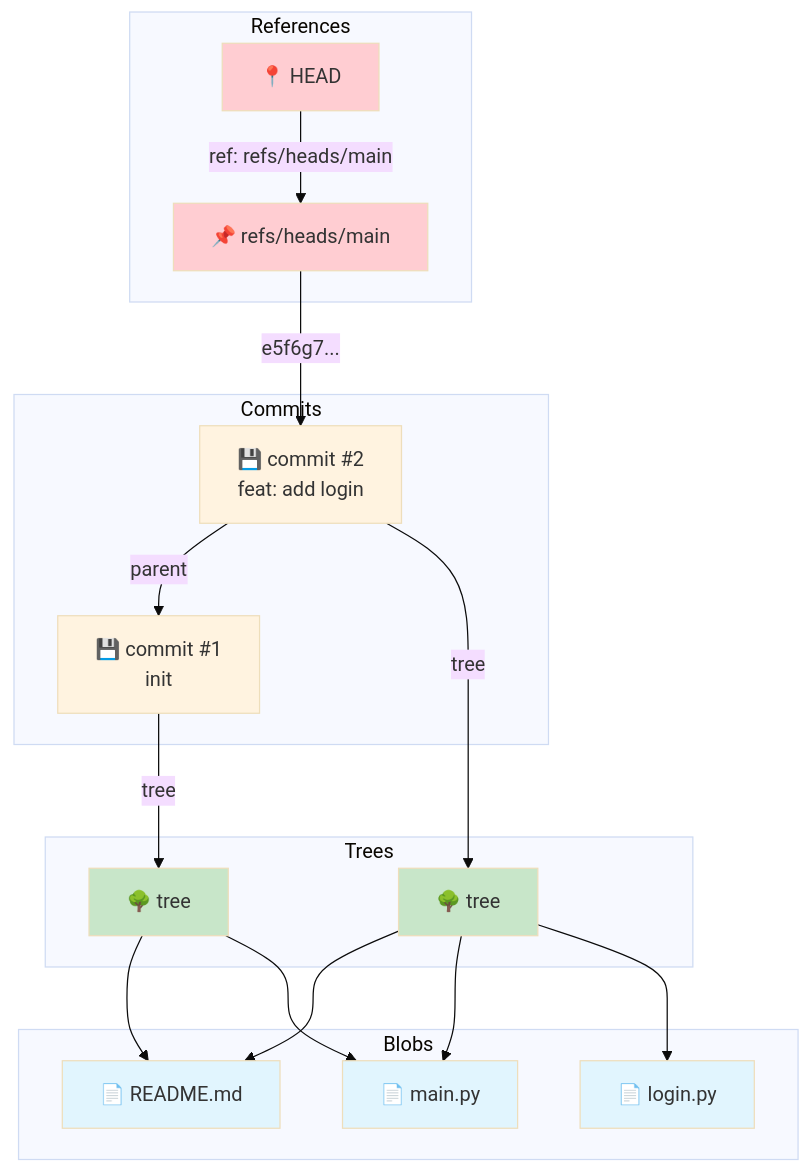
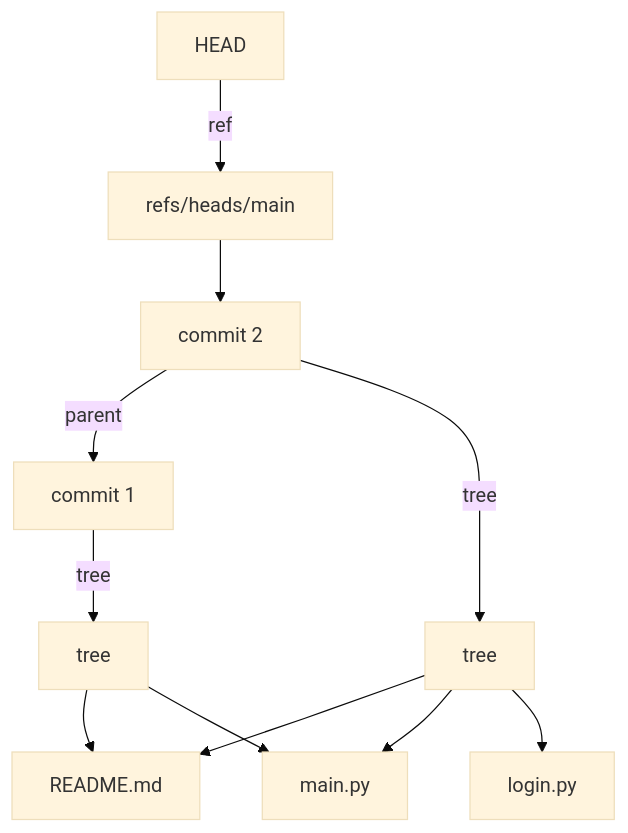
One commit to hiddenpunch/hiddenpunch.github.io changed the fifth of 8 diagrams in content/posts/git-internals-01-object-storage.md. Above: the diagram before and after it, drawn with Mermaid (base theme). The commit also changed other lines of this file, not shown here.

Commit message:
Fix Mermaid syntax for v11 compatibility

```diff
--- a/content/posts/git-internals-01-object-storage.md
+++ b/content/posts/git-internals-01-object-storage.md
@@ -173,47 +108,13 @@
 <div class="mermaid">
-graph TB
-    subgraph "References"
-        HEAD["📍 HEAD"]
-        MAIN["📌 refs/heads/main"]
-    end
-    
-    subgraph "Commits"
-        C2["💾 commit #2<br/>feat: add login"]
-        C1["💾 commit #1<br/>init"]
-    end
-    
-    subgraph "Trees"
-        T2["🌳 tree"]
-        T1["🌳 tree"]
-    end
-    
-    subgraph "Blobs"
-        B1["📄 README.md"]
-        B2["📄 main.py"]
-        B3["📄 login.py"]
-    end
-    
-    HEAD -->|"ref: refs/heads/main"| MAIN
-    MAIN -->|"e5f6g7..."| C2
-    
-    C2 -->|"parent"| C1
-    C2 -->|"tree"| T2
-    C1 -->|"tree"| T1
-    
-    T2 --> B1
-    T2 --> B2
-    T2 --> B3
-    
+flowchart TB
+    HEAD[HEAD] -->|ref| MAIN[refs/heads/main]
+    MAIN --> C2[commit 2]
+    C2 -->|parent| C1[commit 1]
+    C2 -->|tree| T2[tree]
+    C1 -->|tree| T1[tree]
+    T2 --> B1[README.md]
+    T2 --> B2[main.py]
+    T2 --> B3[login.py]
     T1 --> B1
     T1 --> B2
-    
-    style HEAD fill:#ffcdd2
-    style MAIN fill:#ffcdd2
-    style C2 fill:#fff3e0
-    style C1 fill:#fff3e0
-    style T2 fill:#c8e6c9
-    style T1 fill:#c8e6c9
-    style B1 fill:#e1f5fe
-    style B2 fill:#e1f5fe
-    style B3 fill:#e1f5fe
 </div>
```
